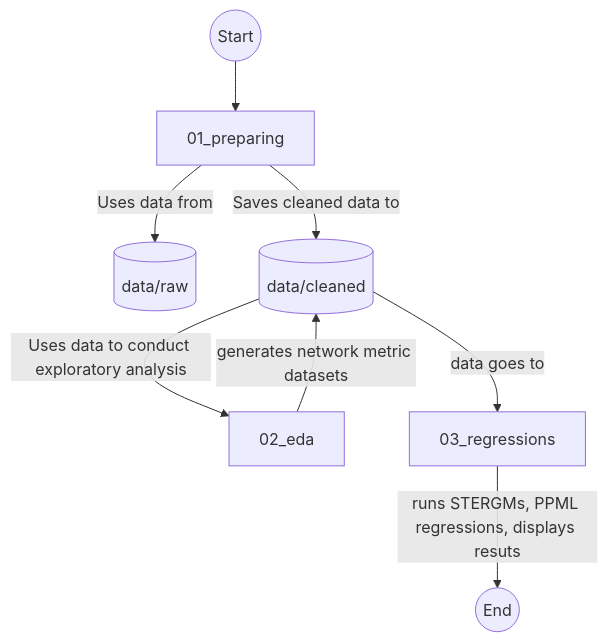
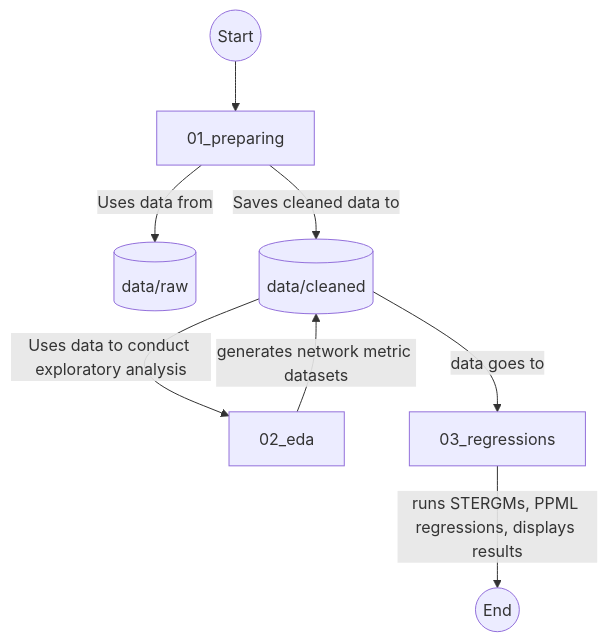
One commit to TAD600/Global_Cultural_Trade_Network changed the diagram in README.md. Above: the diagram before and after it, drawn with Mermaid.

````diff
--- a/README.md
+++ b/README.md
@@ -4,10 +4,10 @@
 ```mermaid
 flowchart TD
     A((Start)) --> B[01_preparing]
     B -->|Uses data from| C[(data/raw)]
     B -->|Saves cleaned data to| D[(data/cleaned)]
     D --> |Uses data to conduct exploratory analysis|E[02_eda]
     E -->|generates network metric datasets| D
     D --> |data goes to|F[03_regressions]
-    F -->|runs STERGMs, PPML regressions, displays resuts|H((End))
+    F -->|runs STERGMs, PPML regressions, displays results|H((End))
 ```
````
